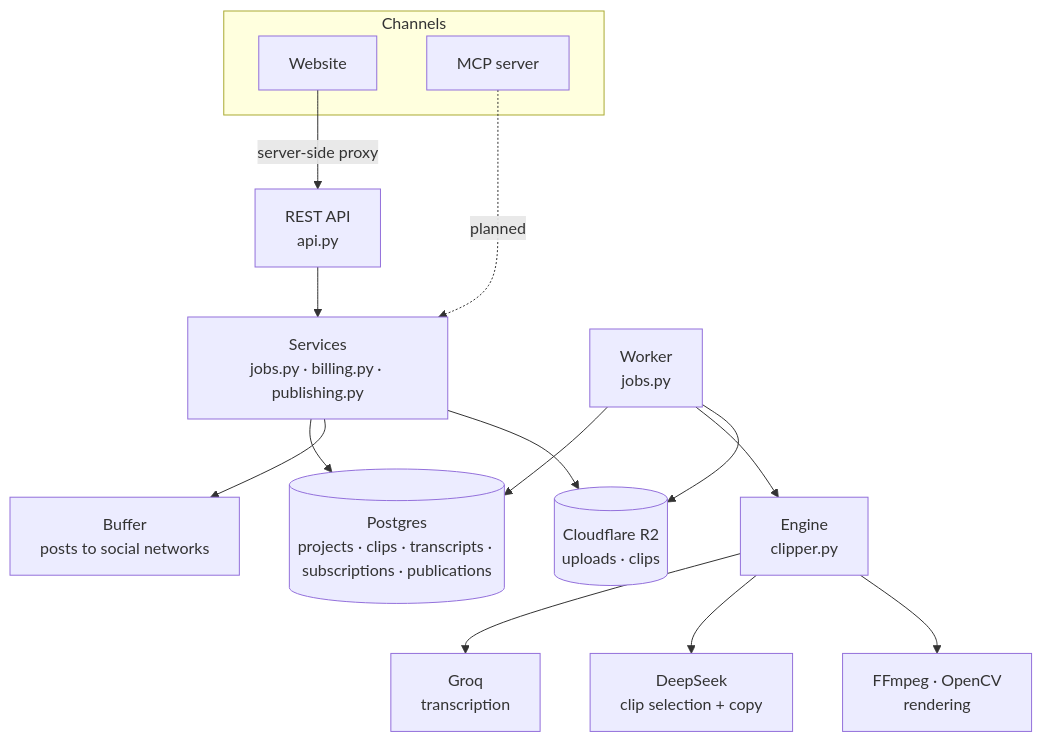
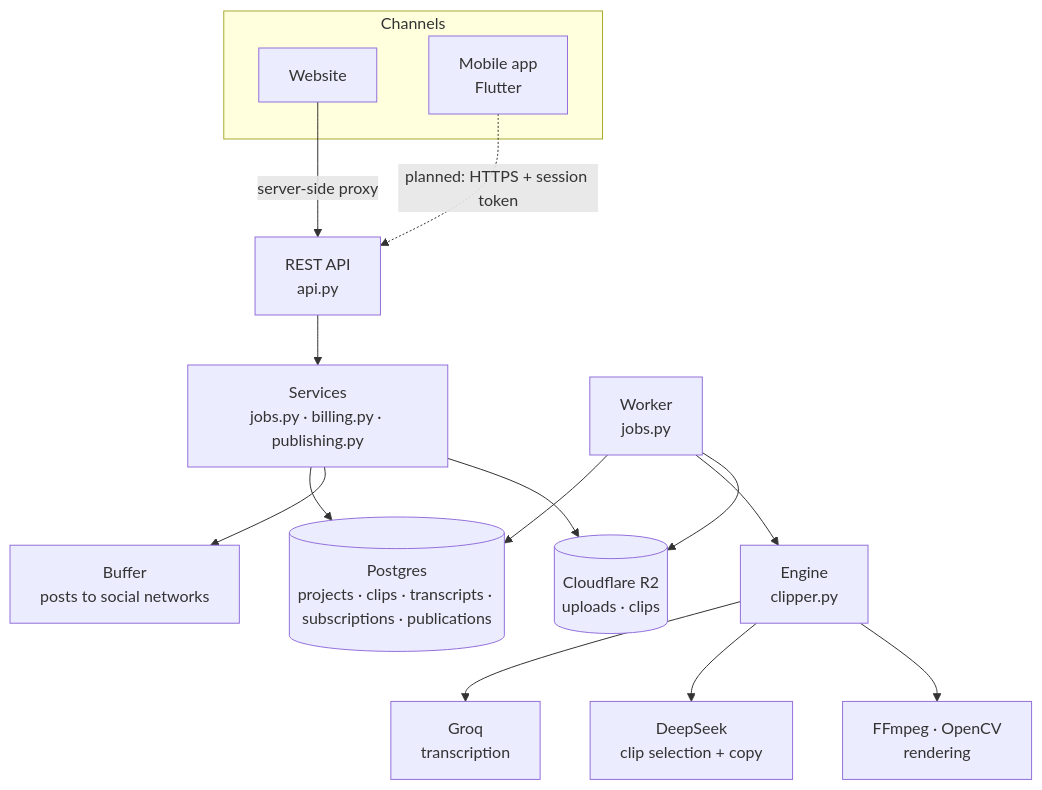
One commit to HasbiyallahuJafaru/ClipperAi changed the second of 2 diagrams in README.md. Above: the diagram before and after it, drawn with Mermaid. The commit also changed other lines of this file and 130 other files, not shown here.

First line of the commit message:
YT-Clipper: Railway deploy, Flutter app, SEO pages, captions switch

````diff
--- a/README.md
+++ b/README.md
@@ -98,19 +99,19 @@
 ```mermaid
 flowchart TB
     subgraph Channels
         W[Website]
-        M[MCP server]
+        M[Mobile app<br/>Flutter]
     end
     W -->|server-side proxy| API
-    M -. planned .-> S
+    M -. planned: HTTPS + session token .-> API
     API[REST API<br/>api.py] --> S[Services<br/>jobs.py · billing.py · publishing.py]
     S --> PG[(Postgres<br/>projects · clips · transcripts · subscriptions · publications)]
     S --> BUF[Buffer<br/>posts to social networks]
     WK[Worker<br/>jobs.py] --> PG
     WK --> ENG[Engine<br/>clipper.py]
     ENG --> GQ[Groq<br/>transcription]
     ENG --> DS[DeepSeek<br/>clip selection + copy]
     ENG --> FF[FFmpeg · OpenCV<br/>rendering]
     WK --> R2[(Cloudflare R2<br/>uploads · clips)]
     S --> R2
 ```
````
